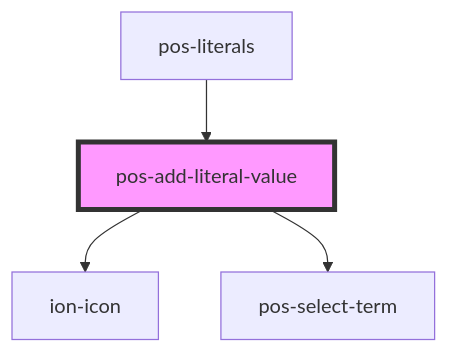
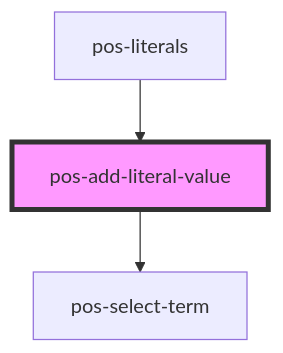
One commit to pod-os/PodOS changed the diagram in docs/elements/components/pos-add-literal-value/readme.md. Above: the diagram before and after it, drawn with Mermaid. The commit also changed other lines of this file and 31 other files, not shown here.

````diff
--- a/docs/elements/components/pos-add-literal-value/readme.md
+++ b/docs/elements/components/pos-add-literal-value/readme.md
@@ -30,7 +29,6 @@
 ```mermaid
 graph TD;
-  pos-add-literal-value --> ion-icon
   pos-add-literal-value --> pos-select-term
   pos-literals --> pos-add-literal-value
   style pos-add-literal-value fill:#f9f,stroke:#333,stroke-width:4px
 ```
````
